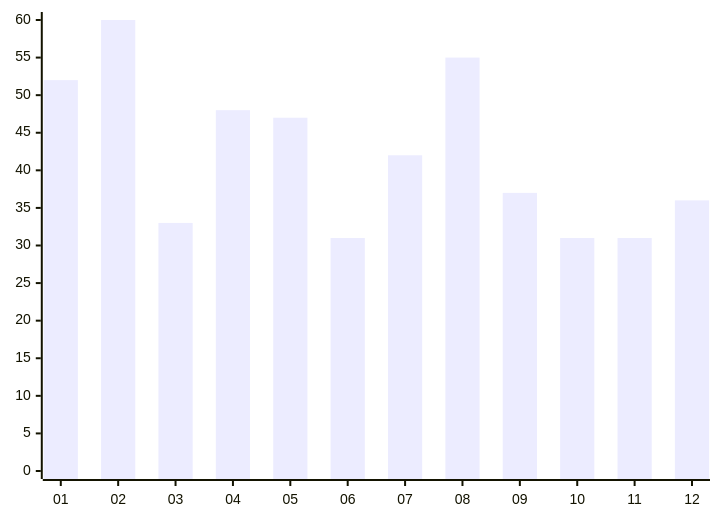
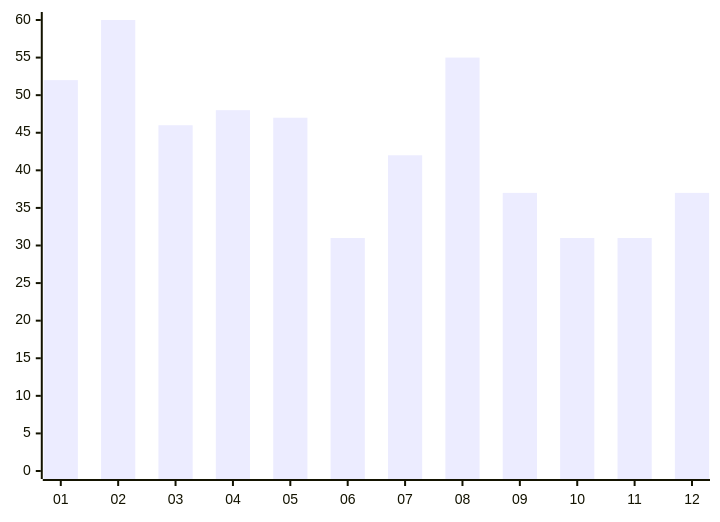
The third of 4 diagrams in index.stats.md (austrellum/navigator), drawn with Mermaid before and after one commit. The commit also changed other lines of this file and 7 other files, not shown here.

````diff
--- a/index.stats.md
+++ b/index.stats.md
@@ -29,6 +29,6 @@
 ```mermaid
 xychart-beta
   x-axis ["01","02","03","04","05","06","07","08","09","10","11","12"]
   y-axis 0 --> 60
-  bar [52,60,33,48,47,31,42,55,37,31,31,36]
+  bar [52,60,46,48,47,31,42,55,37,31,31,37]
 ```
````
